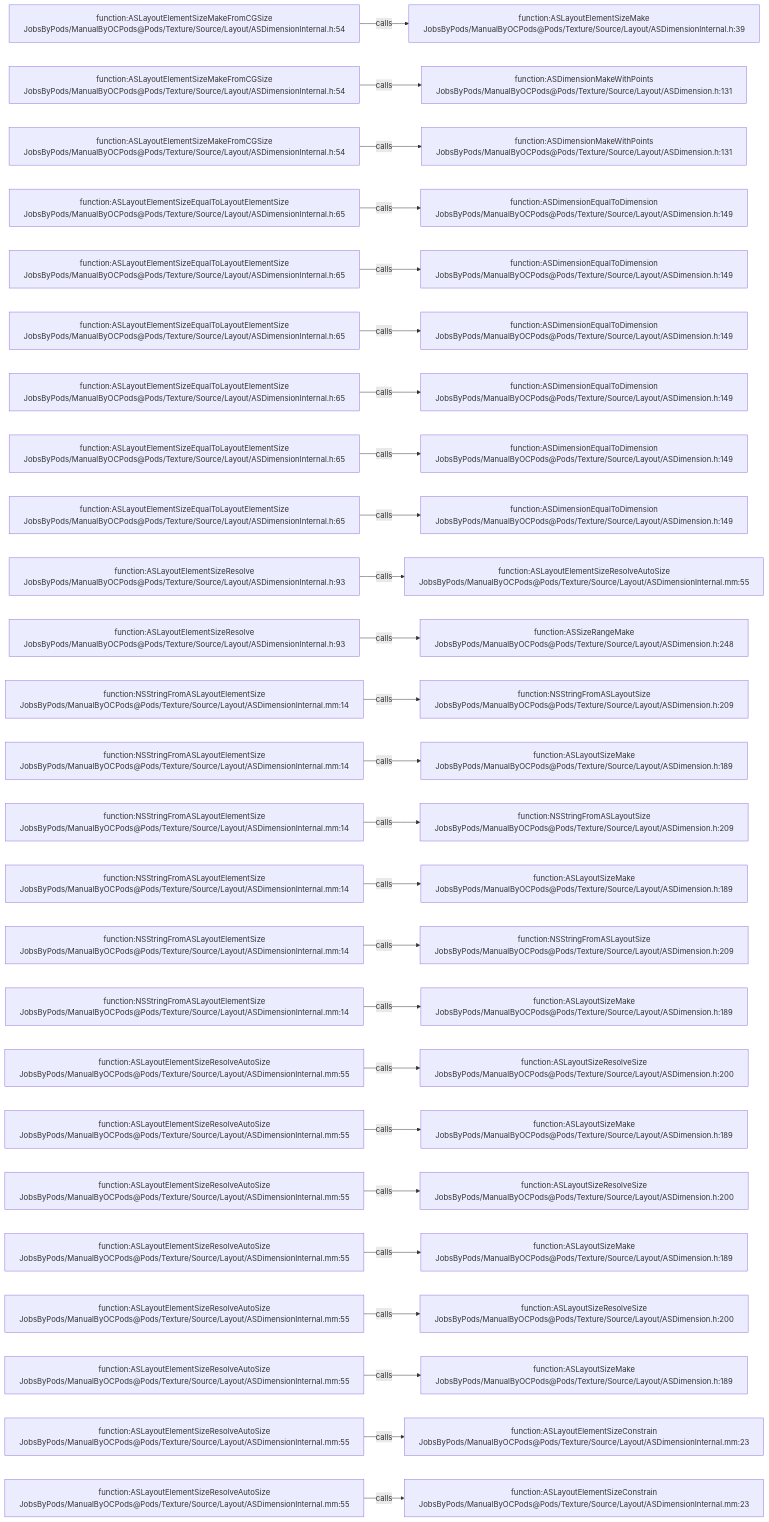
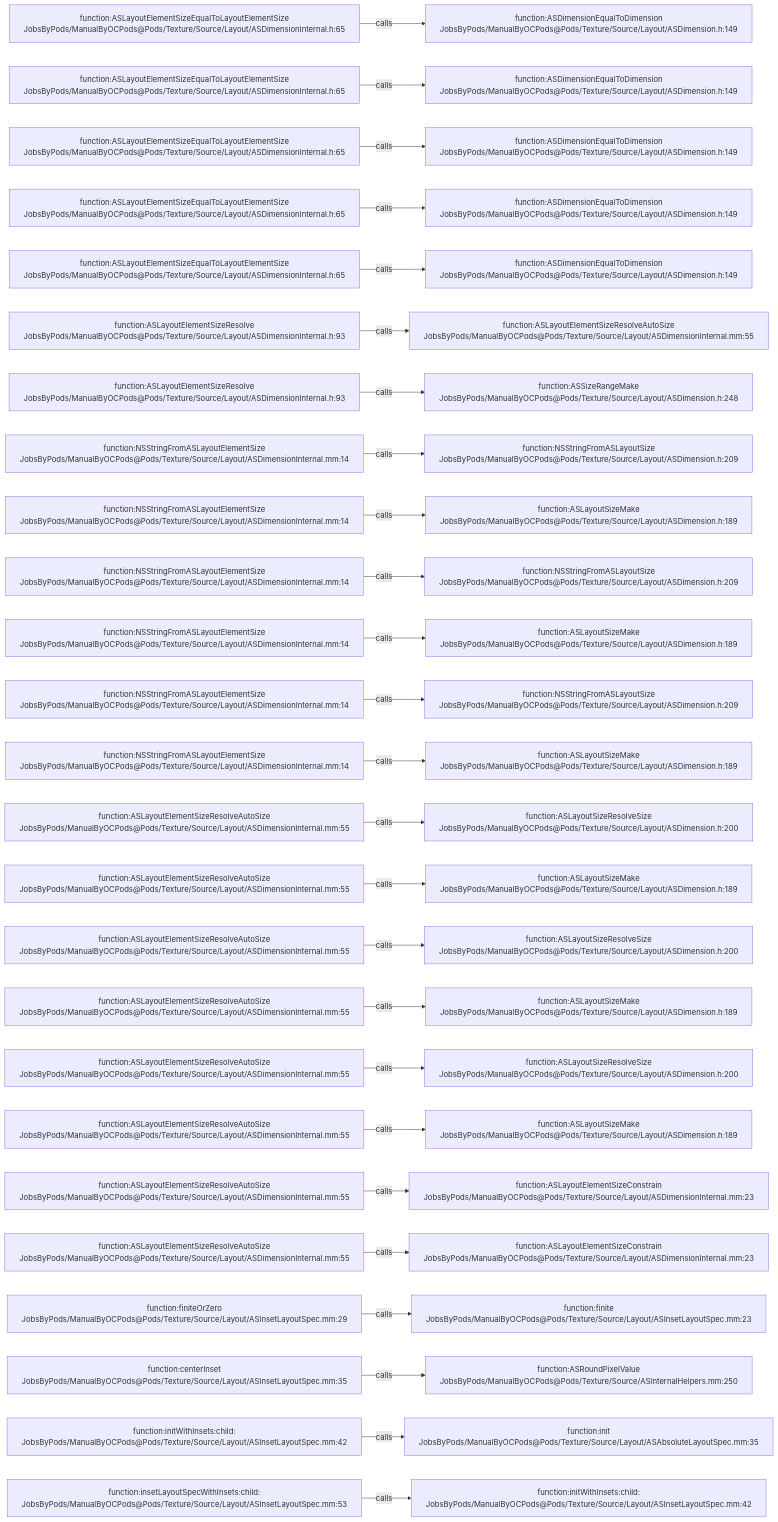
Before and after one commit to JobsKits/JobsOCBaseConfigDemo: the diagram in .codegraph/codegraph.md/graphs/calls-175.md, drawn with Mermaid. The commit also changed 727 other files, not shown here.

````diff
--- a/.codegraph/codegraph.md/graphs/calls-175.md
+++ b/.codegraph/codegraph.md/graphs/calls-175.md
@@ -13,78 +13,78 @@
 ```mermaid
 flowchart LR
-  S1["function:ASLayoutElementSizeMakeFromCGSize<br/>JobsByPods/ManualByOCPods@Pods/Texture/Source/Layout/ASDimensionInternal.h:54"]
-  T1["function:ASLayoutElementSizeMake<br/>JobsByPods/ManualByOCPods@Pods/Texture/Source/Layout/ASDimensionInternal.h:39"]
+  S1["function:ASLayoutElementSizeEqualToLayoutElementSize<br/>JobsByPods/ManualByOCPods@Pods/Texture/Source/Layout/ASDimensionInternal.h:65"]
+  T1["function:ASDimensionEqualToDimension<br/>JobsByPods/ManualByOCPods@Pods/Texture/Source/Layout/ASDimension.h:149"]
   S1 -->|calls| T1
-  S2["function:ASLayoutElementSizeMakeFromCGSize<br/>JobsByPods/ManualByOCPods@Pods/Texture/Source/Layout/ASDimensionInternal.h:54"]
-  T2["function:ASDimensionMakeWithPoints<br/>JobsByPods/ManualByOCPods@Pods/Texture/Source/Layout/ASDimension.h:131"]
+  S2["function:ASLayoutElementSizeEqualToLayoutElementSize<br/>JobsByPods/ManualByOCPods@Pods/Texture/Source/Layout/ASDimensionInternal.h:65"]
+  T2["function:ASDimensionEqualToDimension<br/>JobsByPods/ManualByOCPods@Pods/Texture/Source/Layout/ASDimension.h:149"]
   S2 -->|calls| T2
-  S3["function:ASLayoutElementSizeMakeFromCGSize<br/>JobsByPods/ManualByOCPods@Pods/Texture/Source/Layout/ASDimensionInternal.h:54"]
-  T3["function:ASDimensionMakeWithPoints<br/>JobsByPods/ManualByOCPods@Pods/Texture/Source/Layout/ASDimension.h:131"]
+  S3["function:ASLayoutElementSizeEqualToLayoutElementSize<br/>JobsByPods/ManualByOCPods@Pods/Texture/Source/Layout/ASDimensionInternal.h:65"]
+  T3["function:ASDimensionEqualToDimension<br/>JobsByPods/ManualByOCPods@Pods/Texture/Source/Layout/ASDimension.h:149"]
   S3 -->|calls| T3
   S4["function:ASLayoutElementSizeEqualToLayoutElementSize<br/>JobsByPods/ManualByOCPods@Pods/Texture/Source/Layout/ASDimensionInternal.h:65"]
   T4["function:ASDimensionEqualToDimension<br/>JobsByPods/ManualByOCPods@Pods/Texture/Source/Layout/ASDimension.h:149"]
   S4 -->|calls| T4
   S5["function:ASLayoutElementSizeEqualToLayoutElementSize<br/>JobsByPods/ManualByOCPods@Pods/Texture/Source/Layout/ASDimensionInternal.h:65"]
   T5["function:ASDimensionEqualToDimension<br/>JobsByPods/ManualByOCPods@Pods/Texture/Source/Layout/ASDimension.h:149"]
   S5 -->|calls| T5
-  S6["function:ASLayoutElementSizeEqualToLayoutElementSize<br/>JobsByPods/ManualByOCPods@Pods/Texture/Source/Layout/ASDimensionInternal.h:65"]
-  T6["function:ASDimensionEqualToDimension<br/>JobsByPods/ManualByOCPods@Pods/Texture/Source/Layout/ASDimension.h:149"]
+  S6["function:ASLayoutElementSizeResolve<br/>JobsByPods/ManualByOCPods@Pods/Texture/Source/Layout/ASDimensionInternal.h:93"]
+  T6["function:ASLayoutElementSizeResolveAutoSize<br/>JobsByPods/ManualByOCPods@Pods/Texture/Source/Layout/ASDimensionInternal.mm:55"]
   S6 -->|calls| T6
-  S7["function:ASLayoutElementSizeEqualToLayoutElementSize<br/>JobsByPods/ManualByOCPods@Pods/Texture/Source/Layout/ASDimensionInternal.h:65"]
-  T7["function:ASDimensionEqualToDimension<br/>JobsByPods/ManualByOCPods@Pods/Texture/Source/Layout/ASDimension.h:149"]
+  S7["function:ASLayoutElementSizeResolve<br/>JobsByPods/ManualByOCPods@Pods/Texture/Source/Layout/ASDimensionInternal.h:93"]
+  T7["function:ASSizeRangeMake<br/>JobsByPods/ManualByOCPods@Pods/Texture/Source/Layout/ASDimension.h:248"]
   S7 -->|calls| T7
-  S8["function:ASLayoutElementSizeEqualToLayoutElementSize<br/>JobsByPods/ManualByOCPods@Pods/Texture/Source/Layout/ASDimensionInternal.h:65"]
-  T8["function:ASDimensionEqualToDimension<br/>JobsByPods/ManualByOCPods@Pods/Texture/Source/Layout/ASDimension.h:149"]
+  S8["function:NSStringFromASLayoutElementSize<br/>JobsByPods/ManualByOCPods@Pods/Texture/Source/Layout/ASDimensionInternal.mm:14"]
+  T8["function:NSStringFromASLayoutSize<br/>JobsByPods/ManualByOCPods@Pods/Texture/Source/Layout/ASDimension.h:209"]
   S8 -->|calls| T8
-  S9["function:ASLayoutElementSizeEqualToLayoutElementSize<br/>JobsByPods/ManualByOCPods@Pods/Texture/Source/Layout/ASDimensionInternal.h:65"]
-  T9["function:ASDimensionEqualToDimension<br/>JobsByPods/ManualByOCPods@Pods/Texture/Source/Layout/ASDimension.h:149"]
+  S9["function:NSStringFromASLayoutElementSize<br/>JobsByPods/ManualByOCPods@Pods/Texture/Source/Layout/ASDimensionInternal.mm:14"]
+  T9["function:ASLayoutSizeMake<br/>JobsByPods/ManualByOCPods@Pods/Texture/Source/Layout/ASDimension.h:189"]
   S9 -->|calls| T9
-  S10["function:ASLayoutElementSizeResolve<br/>JobsByPods/ManualByOCPods@Pods/Texture/Source/Layout/ASDimensionInternal.h:93"]
-  T10["function:ASLayoutElementSizeResolveAutoSize<br/>JobsByPods/ManualByOCPods@Pods/Texture/Source/Layout/ASDimensionInternal.mm:55"]
+  S10["function:NSStringFromASLayoutElementSize<br/>JobsByPods/ManualByOCPods@Pods/Texture/Source/Layout/ASDimensionInternal.mm:14"]
+  T10["function:NSStringFromASLayoutSize<br/>JobsByPods/ManualByOCPods@Pods/Texture/Source/Layout/ASDimension.h:209"]
   S10 -->|calls| T10
-  S11["function:ASLayoutElementSizeResolve<br/>JobsByPods/ManualByOCPods@Pods/Texture/Source/Layout/ASDimensionInternal.h:93"]
-  T11["function:ASSizeRangeMake<br/>JobsByPods/ManualByOCPods@Pods/Texture/Source/Layout/ASDimension.h:248"]
+  S11["function:NSStringFromASLayoutElementSize<br/>JobsByPods/ManualByOCPods@Pods/Texture/Source/Layout/ASDimensionInternal.mm:14"]
+  T11["function:ASLayoutSizeMake<br/>JobsByPods/ManualByOCPods@Pods/Texture/Source/Layout/ASDimension.h:189"]
   S11 -->|calls| T11
   S12["function:NSStringFromASLayoutElementSize<br/>JobsByPods/ManualByOCPods@Pods/Texture/Source/Layout/ASDimensionInternal.mm:14"]
   T12["function:NSStringFromASLayoutSize<br/>JobsByPods/ManualByOCPods@Pods/Texture/Source/Layout/ASDimension.h:209"]
   S12 -->|calls| T12
   S13["function:NSStringFromASLayoutElementSize<br/>JobsByPods/ManualByOCPods@Pods/Texture/Source/Layout/ASDimensionInternal.mm:14"]
   T13["function:ASLayoutSizeMake<br/>JobsByPods/ManualByOCPods@Pods/Texture/Source/Layout/ASDimension.h:189"]
   S13 -->|calls| T13
-  S14["function:NSStringFromASLayoutElementSize<br/>JobsByPods/ManualByOCPods@Pods/Texture/Source/Layout/ASDimensionInternal.mm:14"]
-  T14["function:NSStringFromASLayoutSize<br/>JobsByPods/ManualByOCPods@Pods/Texture/Source/Layout/ASDimension.h:209"]
+  S14["function:ASLayoutElementSizeResolveAutoSize<br/>JobsByPods/ManualByOCPods@Pods/Texture/Source/Layout/ASDimensionInternal.mm:55"]
+  T14["function:ASLayoutSizeResolveSize<br/>JobsByPods/ManualByOCPods@Pods/Texture/Source/Layout/ASDimension.h:200"]
   S14 -->|calls| T14
-  S15["function:NSStringFromASLayoutElementSize<br/>JobsByPods/ManualByOCPods@Pods/Texture/Source/Layout/ASDimensionInternal.mm:14"]
+  S15["function:ASLayoutElementSizeResolveAutoSize<br/>JobsByPods/ManualByOCPods@Pods/Texture/Source/Layout/ASDimensionInternal.mm:55"]
   T15["function:ASLayoutSizeMake<br/>JobsByPods/ManualByOCPods@Pods/Texture/Source/Layout/ASDimension.h:189"]
   S15 -->|calls| T15
-  S16["function:NSStringFromASLayoutElementSize<br/>JobsByPods/ManualByOCPods@Pods/Texture/Source/Layout/ASDimensionInternal.mm:14"]
-  T16["function:NSStringFromASLayoutSize<br/>JobsByPods/ManualByOCPods@Pods/Texture/Source/Layout/ASDimension.h:209"]
+  S16["function:ASLayoutElementSizeResolveAutoSize<br/>JobsByPods/ManualByOCPods@Pods/Texture/Source/Layout/ASDimensionInternal.mm:55"]
+  T16["function:ASLayoutSizeResolveSize<br/>JobsByPods/ManualByOCPods@Pods/Texture/Source/Layout/ASDimension.h:200"]
   S16 -->|calls| T16
-  S17["function:NSStringFromASLayoutElementSize<br/>JobsByPods/ManualByOCPods@Pods/Texture/Source/Layout/ASDimensionInternal.mm:14"]
+  S17["function:ASLayoutElementSizeResolveAutoSize<br/>JobsByPods/ManualByOCPods@Pods/Texture/Source/Layout/ASDimensionInternal.mm:55"]
   T17["function:ASLayoutSizeMake<br/>JobsByPods/ManualByOCPods@Pods/Texture/Source/Layout/ASDimension.h:189"]
   S17 -->|calls| T17
   S18["function:ASLayoutElementSizeResolveAutoSize<br/>JobsByPods/ManualByOCPods@Pods/Texture/Source/Layout/ASDimensionInternal.mm:55"]
   T18["function:ASLayoutSizeResolveSize<br/>JobsByPods/ManualByOCPods@Pods/Texture/Source/Layout/ASDimension.h:200"]
   S18 -->|calls| T18
   S19["function:ASLayoutElementSizeResolveAutoSize<br/>JobsByPods/ManualByOCPods@Pods/Texture/Source/Layout/ASDimensionInternal.mm:55"]
   T19["function:ASLayoutSizeMake<br/>JobsByPods/ManualByOCPods@Pods/Texture/Source/Layout/ASDimension.h:189"]
   S19 -->|calls| T19
   S20["function:ASLayoutElementSizeResolveAutoSize<br/>JobsByPods/ManualByOCPods@Pods/Texture/Source/Layout/ASDimensionInternal.mm:55"]
-  T20["function:ASLayoutSizeResolveSize<br/>JobsByPods/ManualByOCPods@Pods/Texture/Source/Layout/ASDimension.h:200"]
+  T20["function:ASLayoutElementSizeConstrain<br/>JobsByPods/ManualByOCPods@Pods/Texture/Source/Layout/ASDimensionInternal.mm:23"]
   S20 -->|calls| T20
   S21["function:ASLayoutElementSizeResolveAutoSize<br/>JobsByPods/ManualByOCPods@Pods/Texture/Source/Layout/ASDimensionInternal.mm:55"]
-  T21["function:ASLayoutSizeMake<br/>JobsByPods/ManualByOCPods@Pods/Texture/Source/Layout/ASDimension.h:189"]
+  T21["function:ASLayoutElementSizeConstrain<br/>JobsByPods/ManualByOCPods@Pods/Texture/Source/Layout/ASDimensionInternal.mm:23"]
   S21 -->|calls| T21
-  S22["function:ASLayoutElementSizeResolveAutoSize<br/>JobsByPods/ManualByOCPods@Pods/Texture/Source/Layout/ASDimensionInternal.mm:55"]
-  T22["function:ASLayoutSizeResolveSize<br/>JobsByPods/ManualByOCPods@Pods/Texture/Source/Layout/ASDimension.h:200"]
+  S22["function:finiteOrZero<br/>JobsByPods/ManualByOCPods@Pods/Texture/Source/Layout/ASInsetLayoutSpec.mm:29"]
+  T22["function:finite<br/>JobsByPods/ManualByOCPods@Pods/Texture/Source/Layout/ASInsetLayoutSpec.mm:23"]
   S22 -->|calls| T22
-  S23["function:ASLayoutElementSizeResolveAutoSize<br/>JobsByPods/ManualByOCPods@Pods/Texture/Source/Layout/ASDimensionInternal.mm:55"]
-  T23["function:ASLayoutSizeMake<br/>JobsByPods/ManualByOCPods@Pods/Texture/Source/Layout/ASDimension.h:189"]
+  S23["function:centerInset<br/>JobsByPods/ManualByOCPods@Pods/Texture/Source/Layout/ASInsetLayoutSpec.mm:35"]
+  T23["function:ASRoundPixelValue<br/>JobsByPods/ManualByOCPods@Pods/Texture/Source/ASInternalHelpers.mm:250"]
   S23 -->|calls| T23
-  S24["function:ASLayoutElementSizeResolveAutoSize<br/>JobsByPods/ManualByOCPods@Pods/Texture/Source/Layout/ASDimensionInternal.mm:55"]
-  T24["function:ASLayoutElementSizeConstrain<br/>JobsByPods/ManualByOCPods@Pods/Texture/Source/Layout/ASDimensionInternal.mm:23"]
+  S24["function:initWithInsets:child:<br/>JobsByPods/ManualByOCPods@Pods/Texture/Source/Layout/ASInsetLayoutSpec.mm:42"]
+  T24["function:init<br/>JobsByPods/ManualByOCPods@Pods/Texture/Source/Layout/ASAbsoluteLayoutSpec.mm:35"]
   S24 -->|calls| T24
-  S25["function:ASLayoutElementSizeResolveAutoSize<br/>JobsByPods/ManualByOCPods@Pods/Texture/Source/Layout/ASDimensionInternal.mm:55"]
-  T25["function:ASLayoutElementSizeConstrain<br/>JobsByPods/ManualByOCPods@Pods/Texture/Source/Layout/ASDimensionInternal.mm:23"]
+  S25["function:insetLayoutSpecWithInsets:child:<br/>JobsByPods/ManualByOCPods@Pods/Texture/Source/Layout/ASInsetLayoutSpec.mm:53"]
+  T25["function:initWithInsets:child:<br/>JobsByPods/ManualByOCPods@Pods/Texture/Source/Layout/ASInsetLayoutSpec.mm:42"]
   S25 -->|calls| T25
 ```
````
